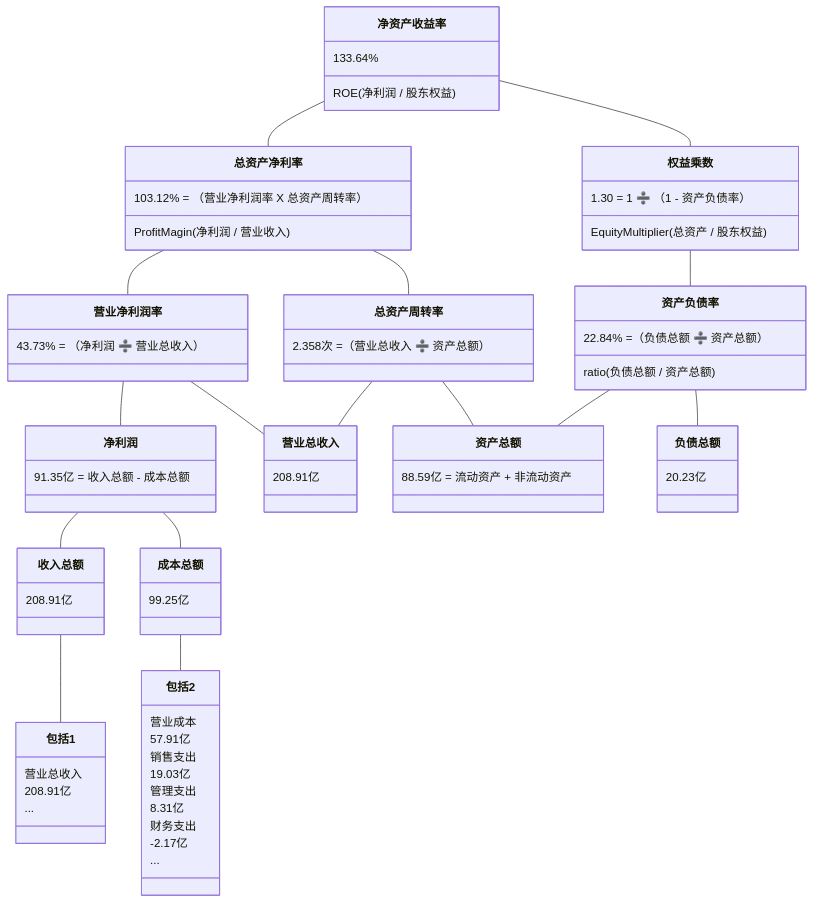
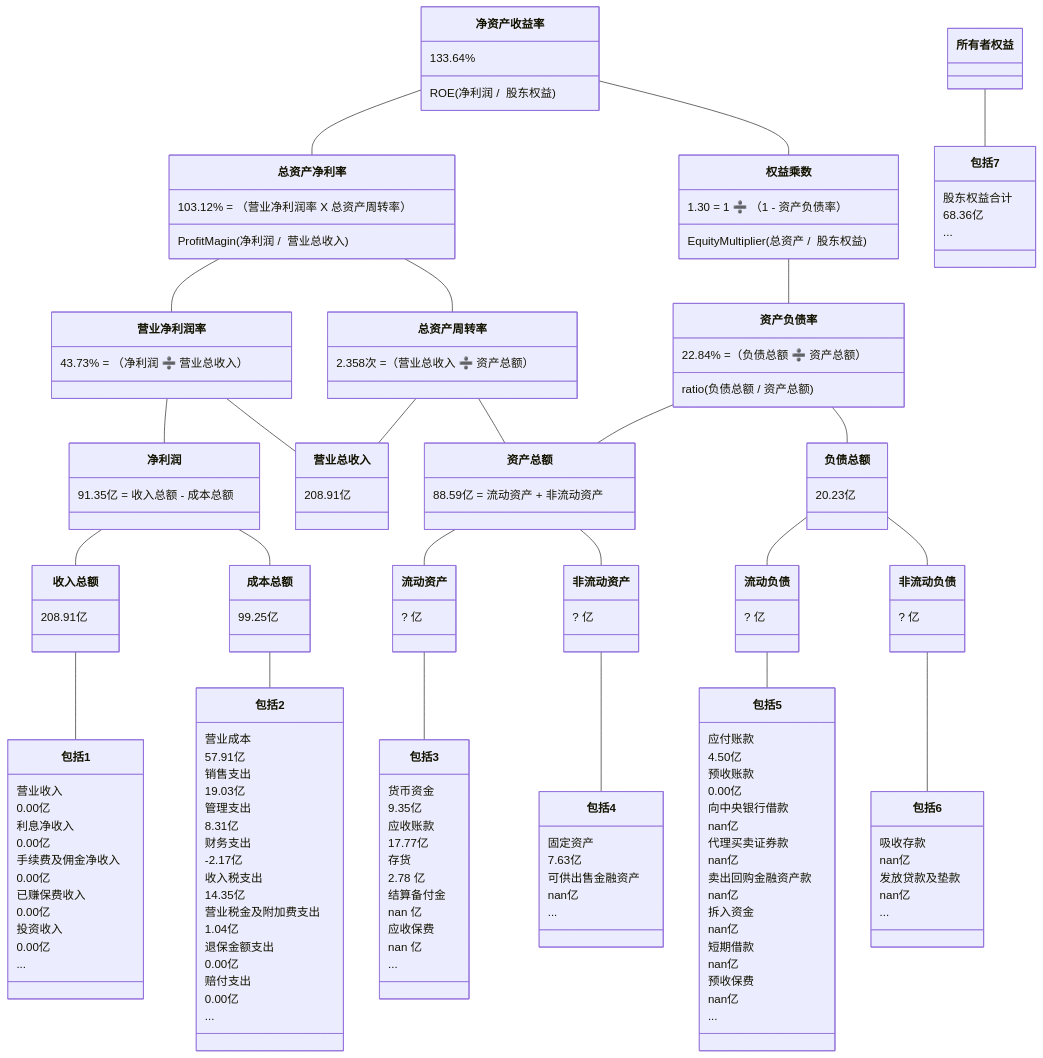
Before and after one commit to TheVeryDarkness/cs410: the eighth of 10 diagrams in 2/2.md, drawn with Mermaid. The commit also changed other lines of this file and 101 other files, not shown here.

````diff
--- a/2/2.md
+++ b/2/2.md
@@ -389,51 +872,121 @@
 ```mermaid
 classDiagram
 净资产收益率 -- 总资产净利率
-	净资产收益率 : 133.64%
-	净资产收益率 : ROE(净利润 /  股东权益)
-	总资产净利率 : 103.12% = （营业净利润率 X 总资产周转率）
-	总资产净利率 : ProfitMagin(净利润 /  营业收入)
+    净资产收益率 : 133.64%
+    净资产收益率 : ROE(净利润 /  股东权益)
+    总资产净利率 : 103.12% = （营业净利润率 X 总资产周转率）
+    总资产净利率 : ProfitMagin(净利润 /  营业总收入)
 净资产收益率 -- 权益乘数
-	权益乘数 : 1.30 = 1 ➗ （1 - 资产负债率）
-	权益乘数 : EquityMultiplier(总资产 /  股东权益)
-	
+    权益乘数 : 1.30 = 1 ➗ （1 - 资产负债率）
+    权益乘数 : EquityMultiplier(总资产 /  股东权益)
+    
 总资产净利率 -- 营业净利润率
-	营业净利润率 : 43.73% = （净利润 ➗ 营业总收入）
+    营业净利润率 : 43.73% = （净利润 ➗ 营业总收入）
 总资产净利率 -- 总资产周转率
-	总资产周转率 : 2.358次 =（营业总收入 ➗ 资产总额）
+    总资产周转率 : 2.358次 =（营业总收入 ➗ 资产总额）
 权益乘数 -- 资产负债率
-	资产负债率  : 22.84% =（负债总额 ➗ 资产总额）
-	资产负债率  : ratio(负债总额 / 资产总额)
+    资产负债率  : 22.84% =（负债总额 ➗ 资产总额）
+    资产负债率  : ratio(负债总额 / 资产总额)
 
 营业净利润率 -- 净利润
-	净利润 : 91.35亿 = 收入总额 - 成本总额
+    净利润 : 91.35亿 = 收入总额 - 成本总额
 营业净利润率 -- 营业总收入
-	营业总收入 : 208.91亿
+    营业总收入 : 208.91亿
 总资产周转率 -- 营业总收入
 总资产周转率 -- 资产总额
-	资产总额 : 88.59亿 = 流动资产 + 非流动资产
+    资产总额 : 88.59亿 = 流动资产 + 非流动资产
 资产负债率 -- 　负债总额
-	负债总额 : 20.23亿
+    负债总额 : 20.23亿
 资产负债率 -- 　资产总额
 
 
 净利润 -- 收入总额
-	收入总额 : 208.91亿
+    收入总额 : 208.91亿
 净利润 -- 成本总额
-	成本总额 : 99.25亿
+    成本总额 : 99.25亿
+资产总额 -- 流动资产
+	流动资产 : ? 亿
+资产总额 -- 非流动资产
+	非流动资产 : ? 亿
+负债总额 -- 流动负债
+	流动负债 : ? 亿
+负债总额 -- 非流动负债
+	非流动负债 : ? 亿
 
 收入总额 -- 包括1
-	包括1 : 营业总收入
-	包括1 : 208.91亿
-	包括1 : ...
+    包括1 : 营业收入
+    包括1 : 0.00亿
+    包括1 : 利息净收入
+    包括1 : 0.00亿
+    包括1 : 手续费及佣金净收入
+    包括1 : 0.00亿
+    包括1 : 已赚保费收入
+    包括1 : 0.00亿
+    包括1 : 投资收入
+    包括1 : 0.00亿
+    包括1 : ...
 成本总额 -- 包括2
-	包括2 : 营业成本
-	包括2 : 57.91亿
-	包括2 : 销售支出
-	包括2 : 19.03亿
-	包括2 : 管理支出
-	包括2 : 8.31亿
-	包括2 : 财务支出
-	包括2 : -2.17亿
-	包括2 : ...
+    包括2 : 营业成本
+    包括2 : 57.91亿
+    包括2 : 销售支出
+    包括2 : 19.03亿
+    包括2 : 管理支出
+    包括2 : 8.31亿
+    包括2 : 财务支出
+    包括2 : -2.17亿
+    包括2 : 收入税支出
+    包括2 : 14.35亿
+    包括2 : 营业税金及附加费支出
+    包括2 : 1.04亿
+    包括2 : 退保金额支出
+    包括2 : 0.00亿
+    包括2 : 赔付支出
+    包括2 : 0.00亿
+    包括2 : ...
+流动资产 -- 包括3
+    包括3 : 货币资金
+    包括3 : 9.35亿
+    包括3 : 应收账款
+    包括3 : 17.77亿
+    包括3 : 存货
+    包括3 : 2.78 亿
+    包括3 : 结算备付金
+    包括3 : nan 亿
+    包括3 : 应收保费
+    包括3 : nan 亿
+    包括3 : ...
+非流动资产 -- 包括4
+    包括4 : 固定资产
+    包括4 : 7.63亿
+    包括4 : 可供出售金融资产
+    包括4 : nan亿
+    包括4 : ...
+流动负债 -- 包括5
+    包括5 : 应付账款
+    包括5 : 4.50亿
+    包括5 : 预收账款
+    包括5 : 0.00亿
+    包括5 : 向中央银行借款
+    包括5 : nan亿
+    包括5 : 代理买卖证券款
+    包括5 : nan亿
+    包括5 : 卖出回购金融资产款
+    包括5 : nan亿
+    包括5 : 拆入资金
+    包括5 : nan亿
+    包括5 : 短期借款
+    包括5 : nan亿
+    包括5 : 预收保费
+    包括5 : nan亿
+    包括5 : ...
+非流动负债 -- 包括6
+    包括6 : 吸收存款
+    包括6 : nan亿
+    包括6 : 发放贷款及垫款
+    包括6 : nan亿
+    包括6 : ...
+所有者权益 -- 包括7
+    包括7 : 股东权益合计
+    包括7 : 68.36亿
+    包括7 : ...
 ```
````
